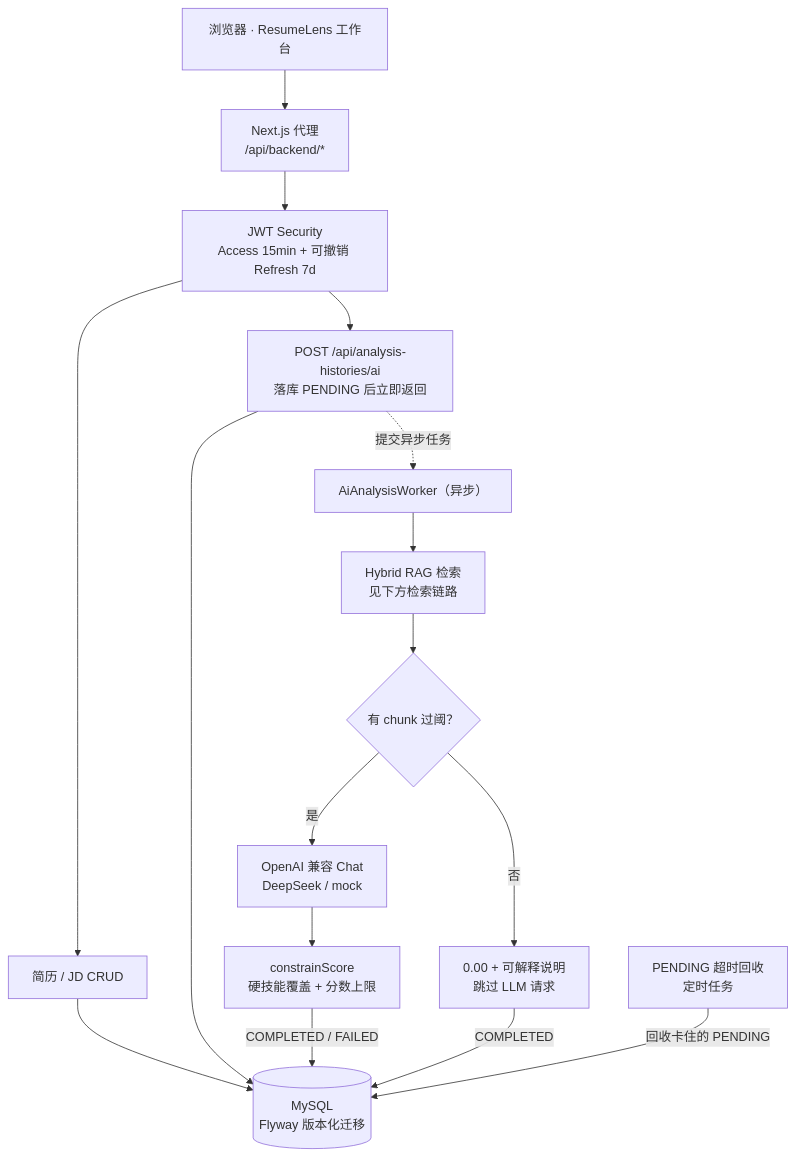
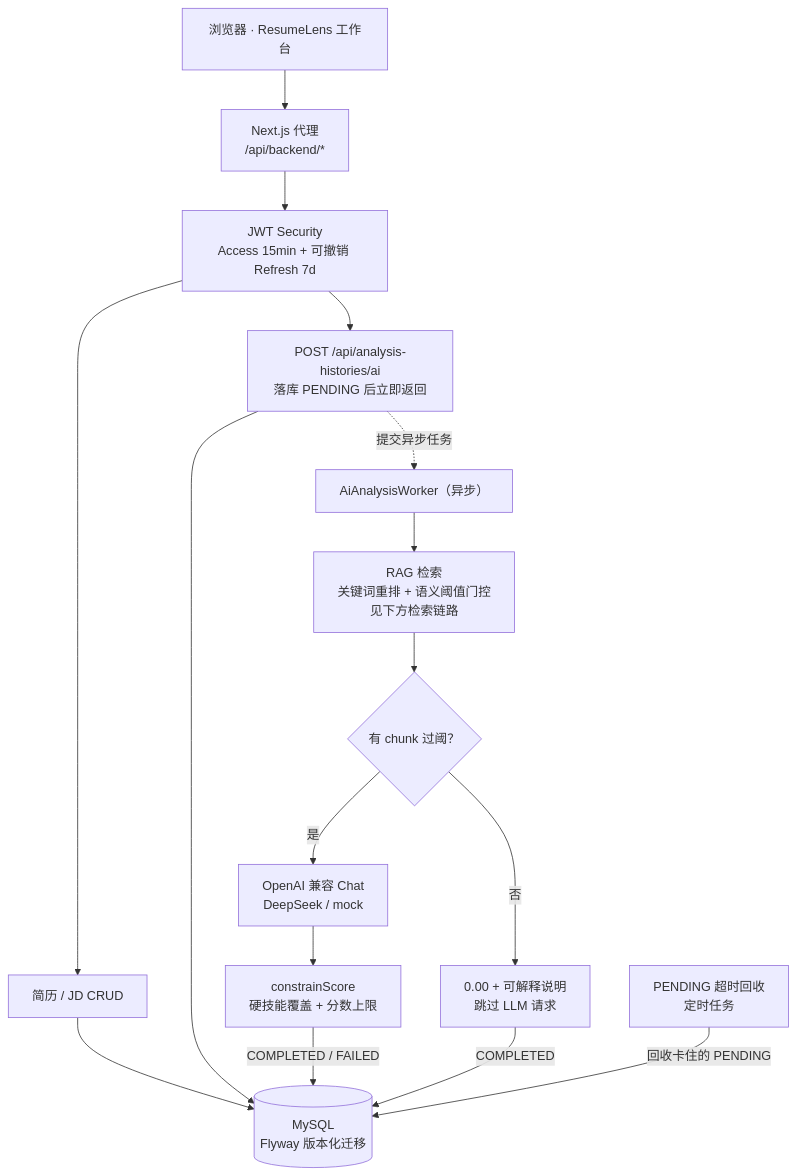
One commit to wuWhite688/ResumeLens changed the first of 2 diagrams in README.md. Above: the diagram before and after it, drawn with Mermaid. The commit also changed other lines of this file and 2 other files, not shown here.

````diff
--- a/README.md
+++ b/README.md
@@ -90,27 +90,27 @@
 ```mermaid
 flowchart TD
     B["浏览器 · ResumeLens 工作台"]
     P["Next.js 代理<br/>/api/backend/*"]
     SEC["JWT Security<br/>Access 15min + 可撤销 Refresh 7d"]
     CRUD["简历 / JD CRUD"]
     SUBMIT["POST /api/analysis-histories/ai<br/>落库 PENDING 后立即返回"]
     W["AiAnalysisWorker（异步）"]
-    RAG["Hybrid RAG 检索<br/>见下方检索链路"]
+    RAG["RAG 检索<br/>关键词重排 + 语义阈值门控<br/>见下方检索链路"]
     GATE{"有 chunk 过阈？"}
     LLM["OpenAI 兼容 Chat<br/>DeepSeek / mock"]
     SCORE["constrainScore<br/>硬技能覆盖 + 分数上限"]
     ZERO["0.00 + 可解释说明<br/>跳过 LLM 请求"]
     RECLAIM["PENDING 超时回收<br/>定时任务"]
     DB[("MySQL<br/>Flyway 版本化迁移")]
 
     B --> P --> SEC
     SEC --> CRUD --> DB
     SEC --> SUBMIT --> DB
     SUBMIT -. 提交异步任务 .-> W
     W --> RAG --> GATE
     GATE -- 是 --> LLM --> SCORE
     GATE -- 否 --> ZERO
     SCORE -- COMPLETED / FAILED --> DB
     ZERO -- COMPLETED --> DB
     RECLAIM -- 回收卡住的 PENDING --> DB
 ```
````
